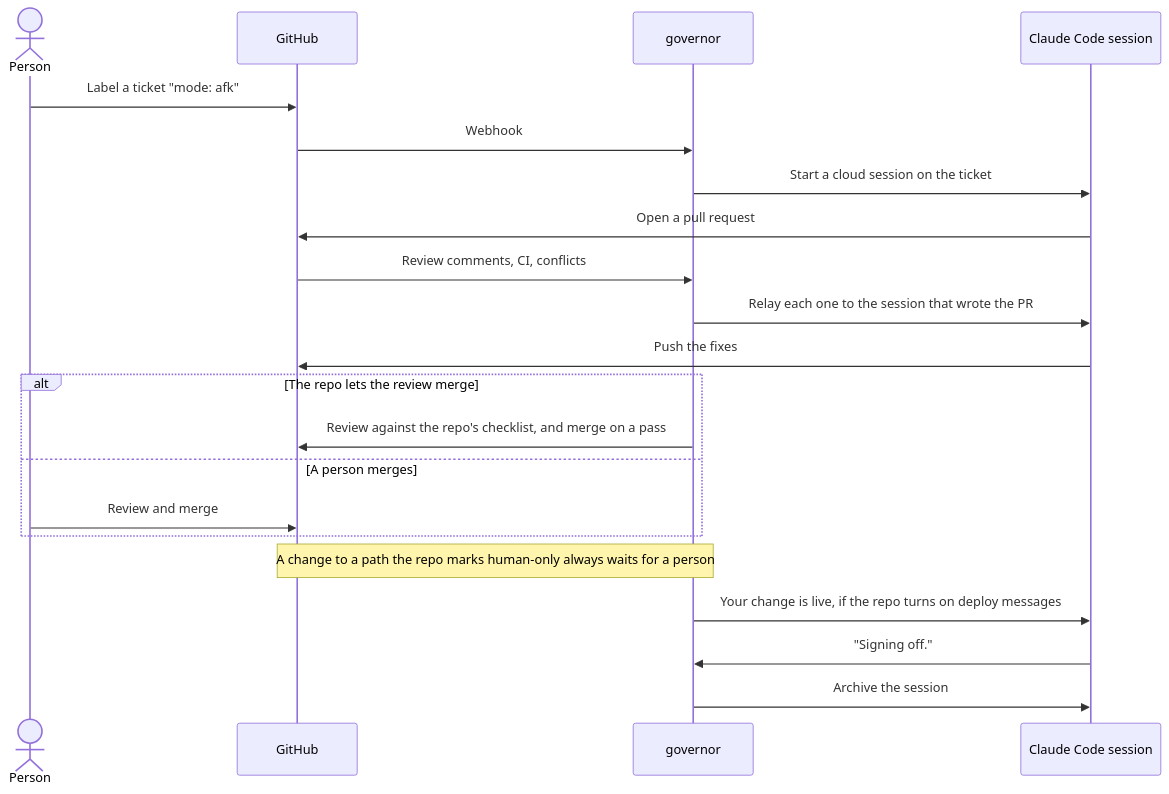
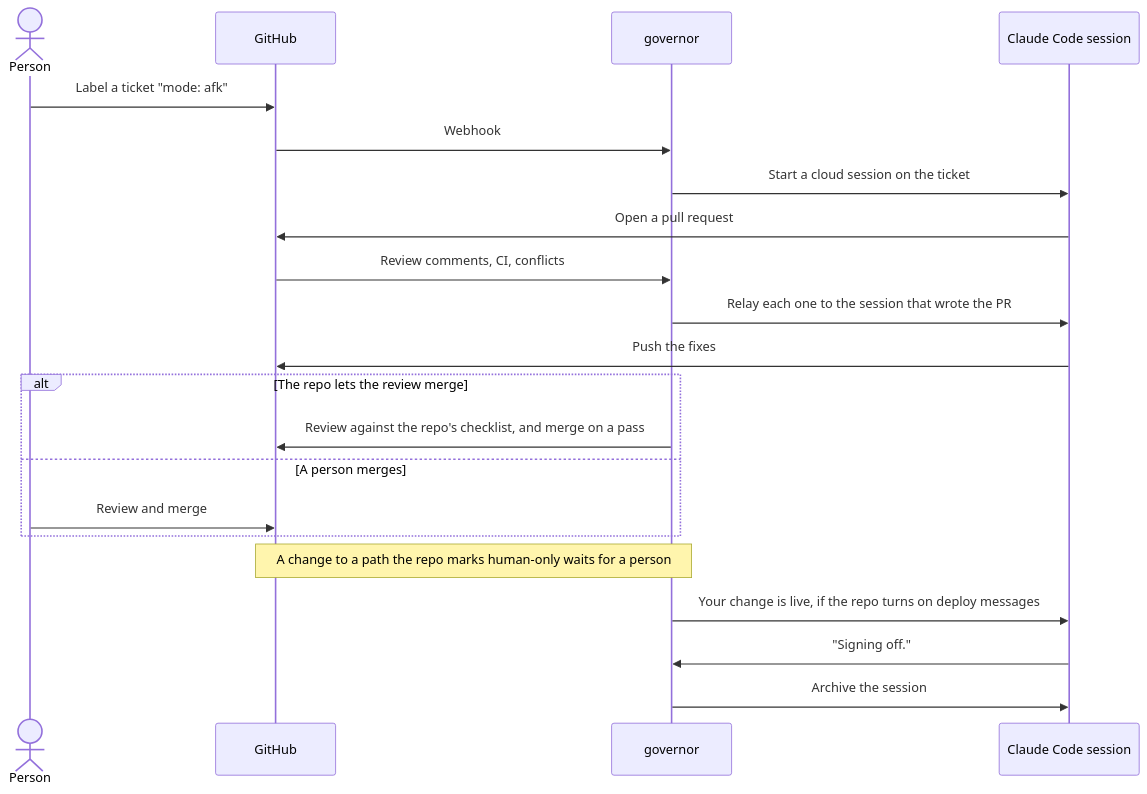
Before and after one commit to t-d-d/gh-governor: the first of 2 diagrams in README.md, drawn with Mermaid. The commit also changed other lines of this file and 1 other file, not shown here.

First line of the commit message:
Say the review's model reads no diff, and name this repo's switches

````diff
--- a/README.md
+++ b/README.md
@@ -47,23 +47,23 @@
 ```mermaid
 sequenceDiagram
     actor P as Person
     participant GH as GitHub
     participant G as governor
     participant S as Claude Code session
     P->>GH: Label a ticket "mode: afk"
     GH->>G: Webhook
     G->>S: Start a cloud session on the ticket
     S->>GH: Open a pull request
     GH->>G: Review comments, CI, conflicts
     G->>S: Relay each one to the session that wrote the PR
     S->>GH: Push the fixes
     alt The repo lets the review merge
         G->>GH: Review against the repo's checklist, and merge on a pass
     else A person merges
         P->>GH: Review and merge
     end
-    Note over G,GH: A change to a path the repo marks human-only always waits for a person
+    Note over G,GH: A change to a path the repo marks human-only waits for a person
     G->>S: Your change is live, if the repo turns on deploy messages
     S->>G: "Signing off."
     G->>S: Archive the session
 ```
````
